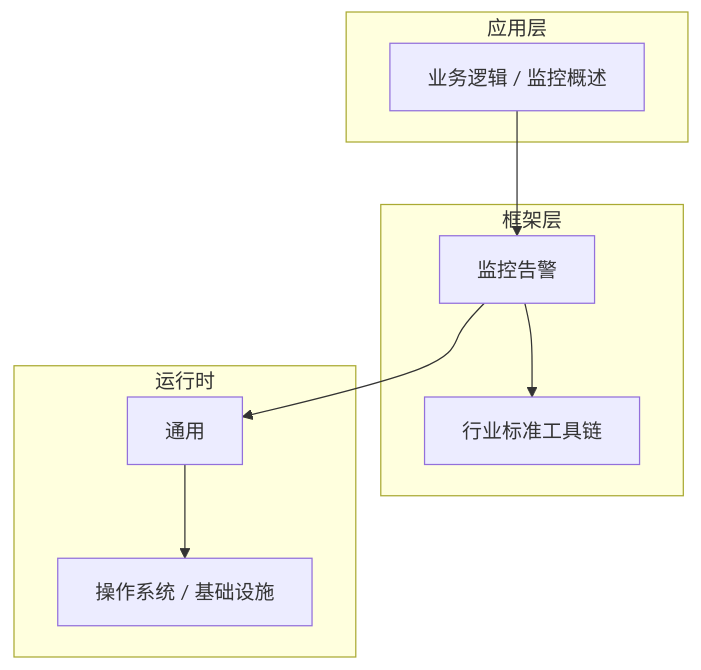
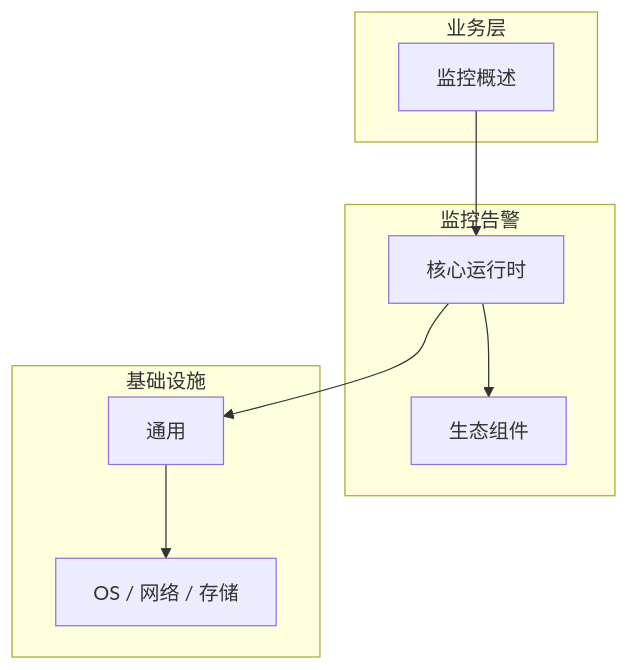
The diagram in articles/监控告警/chapters/001-监控概述核心概念与原理.md (yanggan2015/knowledge-json-v2), drawn with Mermaid before and after one commit. The commit also changed other lines of this file and 10127 other files, not shown here.

````diff
--- a/articles/监控告警/chapters/001-监控概述核心概念与原理.md
+++ b/articles/监控告警/chapters/001-监控概述核心概念与原理.md
@@ -45,18 +34,18 @@
 ```mermaid
 graph TB
-    subgraph 应用层
-        A[业务逻辑 / 监控概述]
+    subgraph 业务层
+        A[监控概述]
     end
-    subgraph 框架层
-        B[监控告警]
-        C[行业标准工具链]
+    subgraph 监控告警
+        B[核心运行时]
+        C[生态组件]
     end
-    subgraph 运行时
+    subgraph 基础设施
         D[通用]
-        E[操作系统 / 基础设施]
+        E[OS / 网络 / 存储]
     end
     A --> B
     B --> C
     B --> D
     D --> E
 ```
````
